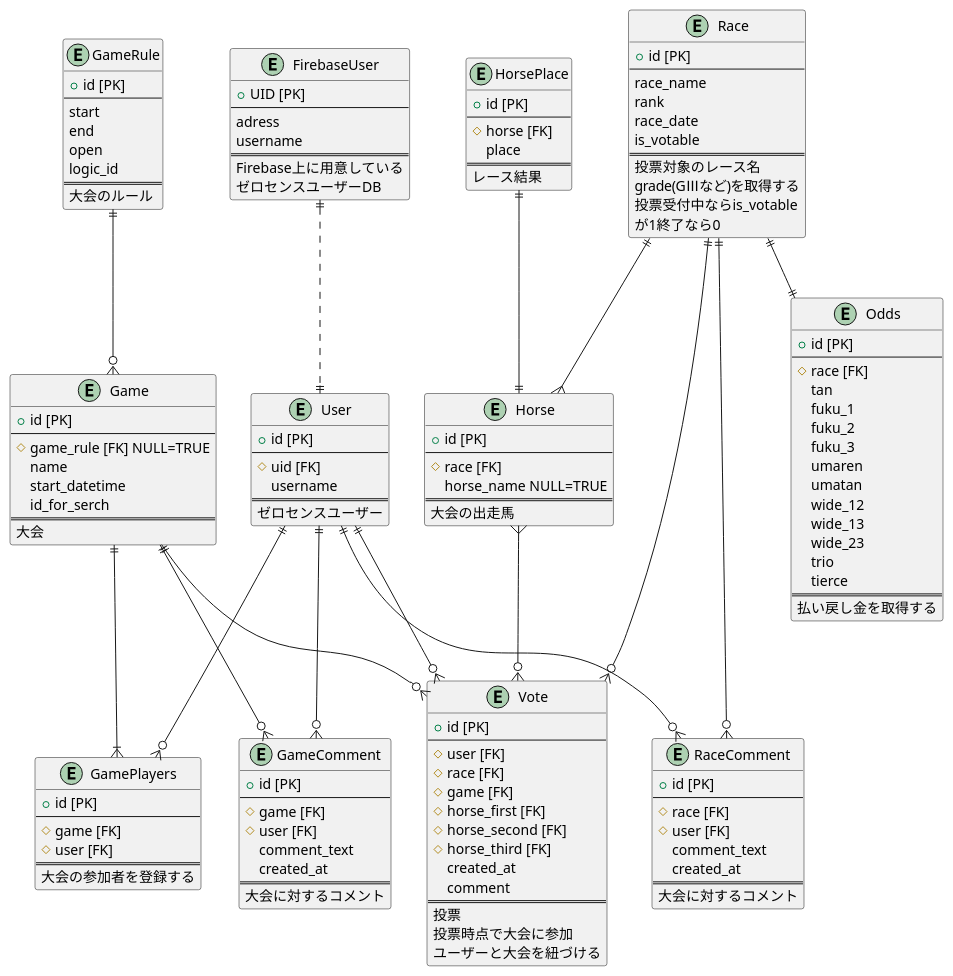
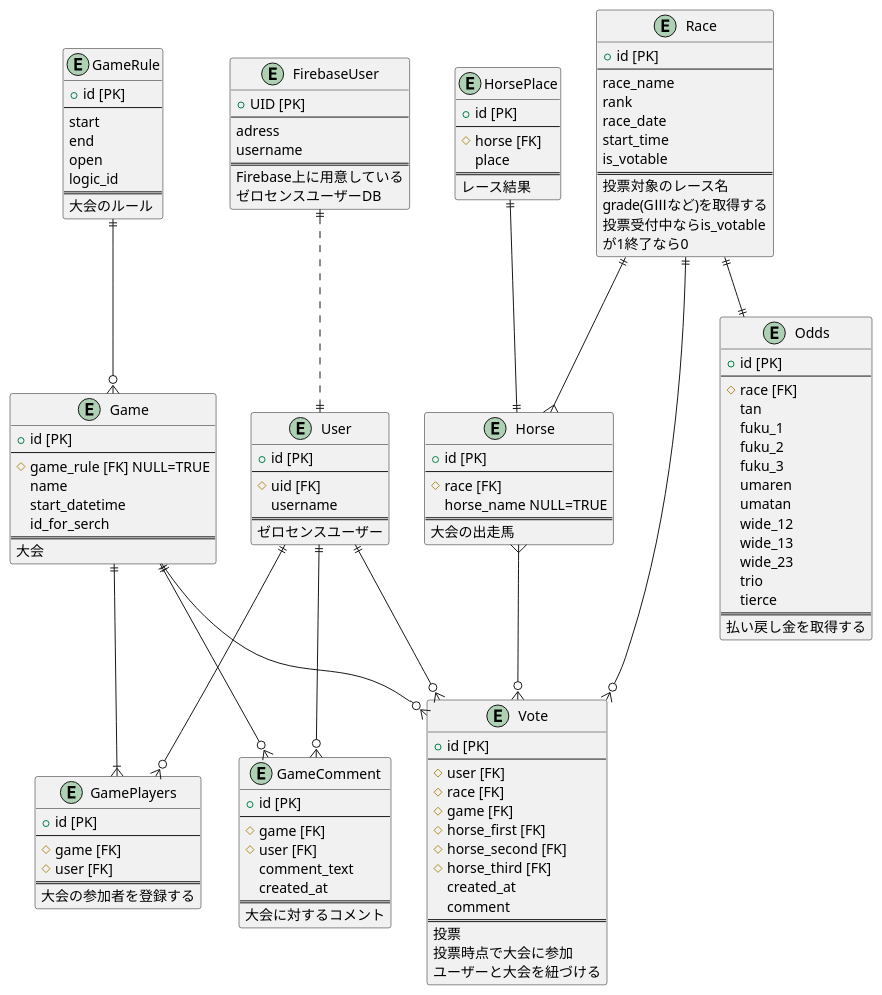
Before and after one commit to Kengo106/zerosense: the diagram in UML/ER.pu, drawn with PlantUML. The commit also changed 44 other files, not shown here.

```diff
--- a/UML/ER.pu
+++ b/UML/ER.pu
@@ -1,159 +1,147 @@
-@startuml 20230928_ER図
+@startuml 20231007_ER図
 
 
 entity HorsePlace {
   + id [PK]
   --
   # horse [FK]
   place
   ==
   レース結果
 }
 
 entity User {
   + id [PK]
   --
   # uid [FK]
   username
   ==
   ゼロセンスユーザー
 }
 
 entity FirebaseUser {
   + UID [PK]
   --
   adress 
   username
   ==
   Firebase上に用意している
   ゼロセンスユーザーDB
 }
 
 entity Game {
   + id [PK]
   --
   # game_rule [FK] NULL=TRUE
   name
   start_datetime
   id_for_serch
   ==
   大会
 }
 
 entity GameRule {
   + id [PK]
   --
   start
   end
   open
   logic_id
   ==
   大会のルール
 }
 
 entity Vote {
   + id [PK]
   --
   # user [FK]
   # race [FK]
   # game [FK]
   # horse_first [FK]
   # horse_second [FK]
   # horse_third [FK]
   created_at
   comment
   ==
   投票
   投票時点で大会に参加
   ユーザーと大会を紐づける
 }
 
 entity Race{
   + id [PK]
   --
   race_name
   rank
   race_date
+  start_time
   is_votable
   ==
   投票対象のレース名
   grade(GⅢなど)を取得する  
   投票受付中ならis_votable
   が1終了なら0
 }
 
 entity Horse {
   + id [PK]
   --
   # race [FK] 
   horse_name NULL=TRUE
   ==
   大会の出走馬
 }
 
 entity Odds {
   + id [PK]
   --
   # race [FK]
   tan
   fuku_1
   fuku_2
   fuku_3
   umaren
   umatan
   wide_12
   wide_13
   wide_23
   trio
   tierce
   ==
   払い戻し金を取得する
 }
 
 entity GameComment {
   + id [PK]
   --
   # game [FK]
   # user [FK]
   comment_text
   created_at
   ==
   大会に対するコメント
 }
 
 entity GamePlayers {
   + id [PK]
   --
   # game [FK]
   # user [FK]
   ==
   大会の参加者を登録する
 }
 
-entity RaceComment {
-  + id [PK]
-  --
-  # race [FK]
-  # user [FK]
-  comment_text
-  created_at
-  ==
-  大会に対するコメント
-}
-
 Race ||--|| Odds
 User ||--o{ Vote
 Horse }--o{ Vote
 Race ||--o{ Vote
 Game ||--o{ Vote
 Race ||--{ Horse
 User ||--o{ GameComment
 Game ||--o{ GameComment
-User ||--o{ RaceComment
-Race ||--o{ RaceComment
 GameRule ||--o{ Game
 HorsePlace ||--|| Horse
 FirebaseUser ||..|| User
 Game ||--|{ GamePlayers
 User ||--o{ GamePlayers
 @enduml
```
